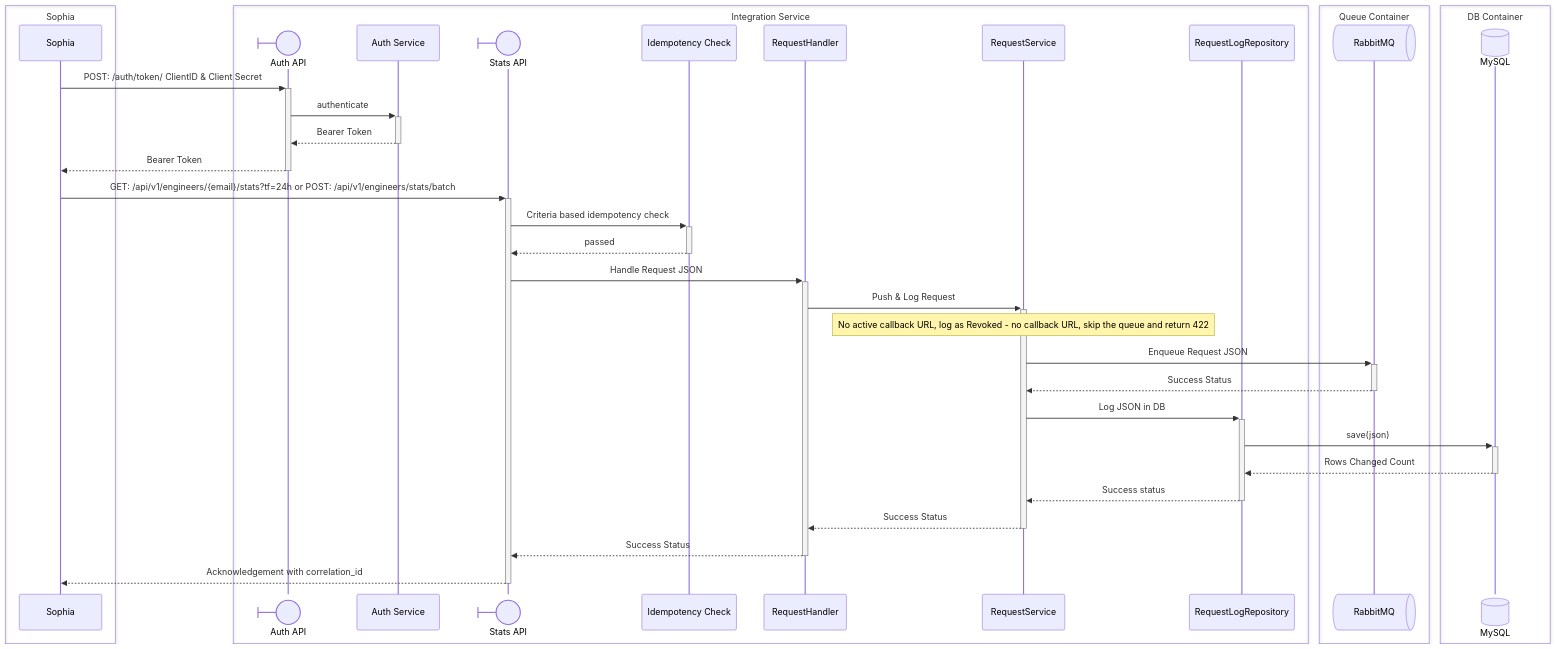
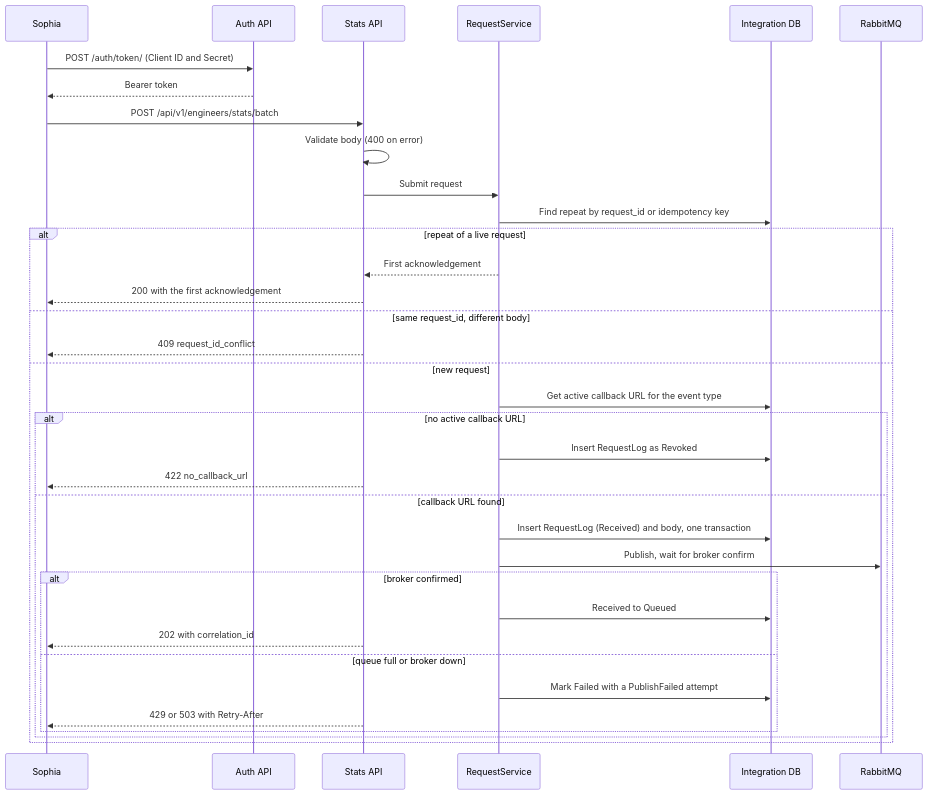
The fourth of 7 diagrams in integration-service-architecture-plan.md (arbisoft/incubator-devlake), drawn with Mermaid before and after one commit. The commit also changed other lines of this file, not shown here.

First line of the commit message:
docs: update integration service plan to match the built service

````diff
--- a/integration-service-architecture-plan.md
+++ b/integration-service-architecture-plan.md
@@ -351,45 +615,39 @@
 ```mermaid
 sequenceDiagram
-    box Sophia
-        participant Sophia
+    participant Sophia
+    participant authApi as Auth API
+    participant statsApi as Stats API
+    participant requestService as RequestService
+    participant db as Integration DB
+    participant rmq as RabbitMQ
+
+    Sophia->>authApi: POST /auth/token/ (Client ID and Secret)
+    authApi-->>Sophia: Bearer token
+
+    Sophia->>statsApi: POST /api/v1/engineers/stats/batch
+    statsApi->>statsApi: Validate body (400 on error)
+    statsApi->>requestService: Submit request
+    requestService->>db: Find repeat by request_id or idempotency key
+    alt repeat of a live request
+        requestService-->>statsApi: First acknowledgement
+        statsApi-->>Sophia: 200 with the first acknowledgement
+    else same request_id, different body
+        statsApi-->>Sophia: 409 request_id_conflict
+    else new request
+        requestService->>db: Get active callback URL for the event type
+        alt no active callback URL
+            requestService->>db: Insert RequestLog as Revoked
+            statsApi-->>Sophia: 422 no_callback_url
+        else callback URL found
+            requestService->>db: Insert RequestLog (Received) and body, one transaction
+            requestService->>rmq: Publish, wait for broker confirm
+            alt broker confirmed
+                requestService->>db: Received to Queued
+                statsApi-->>Sophia: 202 with correlation_id
+            else queue full or broker down
+                requestService->>db: Mark Failed with a PublishFailed attempt
+                statsApi-->>Sophia: 429 or 503 with Retry-After
+            end
+        end
     end
-    box Integration Service
-        participant authApi@{ "type": "boundary" } as Auth API
-        participant authService as Auth Service
-        participant stats_api@{ "type": "boundary" } as Stats API
-        participant idempotency_check as Idempotency Check
-        participant request_handler as RequestHandler
-        participant request_service as RequestService
-        participant request_repository as RequestLogRepository
-    end
-    box Queue Container
-        participant rmq@{ "type": "queue"} as RabbitMQ
-    end
-    box DB Container
-        participant db@{ "type": "database" } as MySQL
-    end
-
-    Sophia->>+authApi: POST: /auth/token/ ClientID & Client Secret
-    authApi->>+authService:authenticate
-    authService-->>-authApi:Bearer Token
-    authApi-->>-Sophia:Bearer Token
-
-    Sophia->>+stats_api: GET: /api/v1/engineers/{email}/stats?tf=24h or POST: /api/v1/engineers/stats/batch
-
-    stats_api->>+idempotency_check: Criteria based idempotency check
-    idempotency_check-->>-stats_api: passed
-    stats_api->>+request_handler: Handle Request JSON
-
-    request_handler->>+request_service: Push & Log Request
-    Note over request_service: No active callback URL, log as Revoked - no callback URL, skip the queue and return 422
-    request_service->>+rmq: Enqueue Request JSON
-    rmq-->>-request_service: Success Status
-    request_service->>+request_repository: Log JSON in DB
-    request_repository->>+db: save(json)
-    db-->>-request_repository: Rows Changed Count
-    request_repository-->>-request_service: Success status
-    request_service-->>-request_handler: Success Status
-    request_handler-->>-stats_api: Success Status
-
-    stats_api-->>-Sophia: Acknowledgement with correlation_id
 ```
````
